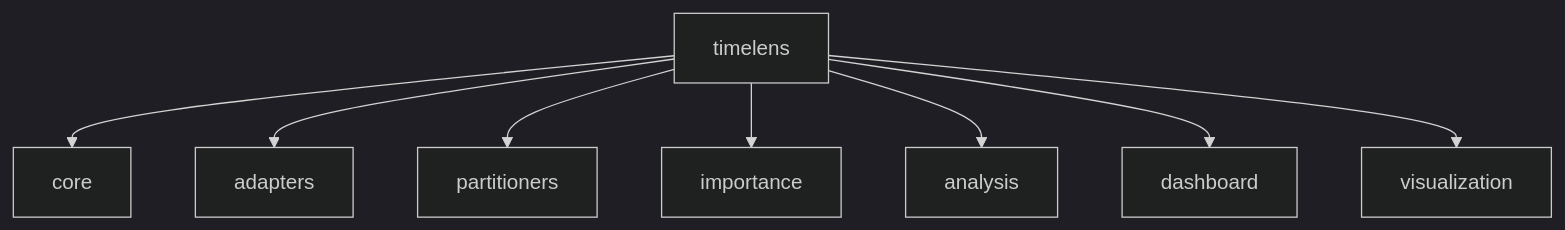
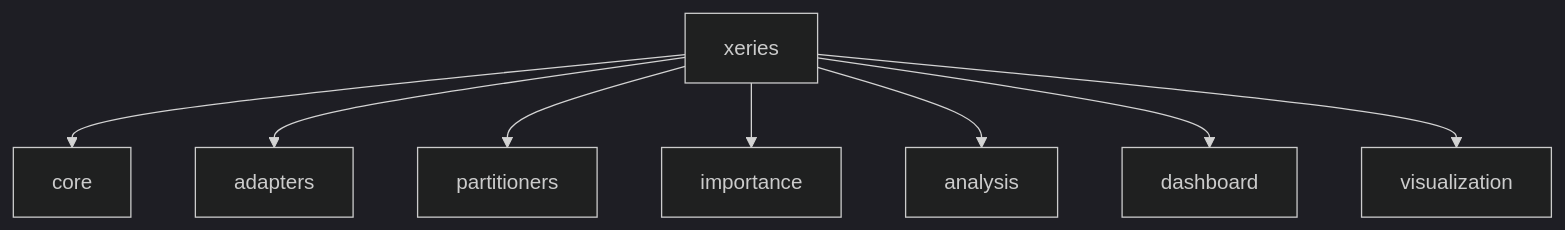
The fifth of 5 diagrams in docs/architecture/inheritance_diagrams.md (thec0dewriter/xeries), drawn with Mermaid (dark theme) before and after one commit. The commit also changed 105 other files, not shown here.

Commit message:
Rename project references from 'timelens' to 'xeries'.

````diff
--- a/docs/architecture/inheritance_diagrams.md
+++ b/docs/architecture/inheritance_diagrams.md
@@ -92,10 +92,10 @@
 ```mermaid
 graph TD
-    timelens --> core
-    timelens --> adapters
-    timelens --> partitioners
-    timelens --> importance
-    timelens --> analysis
-    timelens --> dashboard
-    timelens --> visualization
+    xeries --> core
+    xeries --> adapters
+    xeries --> partitioners
+    xeries --> importance
+    xeries --> analysis
+    xeries --> dashboard
+    xeries --> visualization
 ```
````
